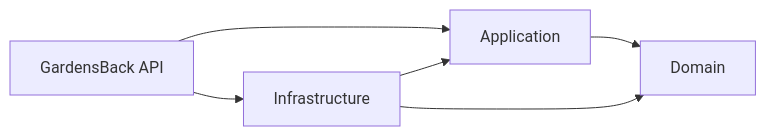
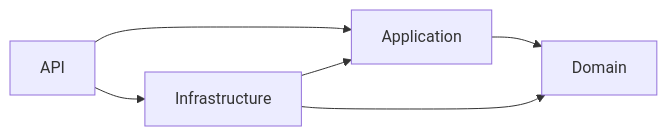
Before and after one commit to Daniel-code666/GardensBack: the diagram in README.md, drawn with Mermaid. The commit also changed other lines of this file, not shown here.

````diff
--- a/README.md
+++ b/README.md
@@ -67,8 +45,8 @@
 ```mermaid
 flowchart LR
-    API[GardensBack API] --> APP[Application]
+    API[API] --> APP[Application]
     API --> INFRA[Infrastructure]
     INFRA --> APP
     INFRA --> DOMAIN[Domain]
     APP --> DOMAIN
 ```
````
